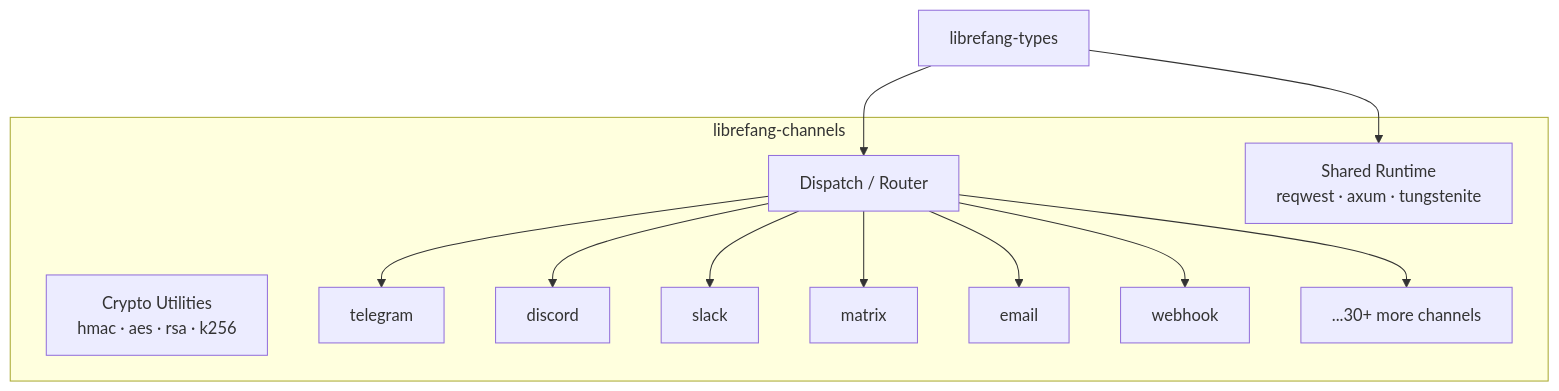
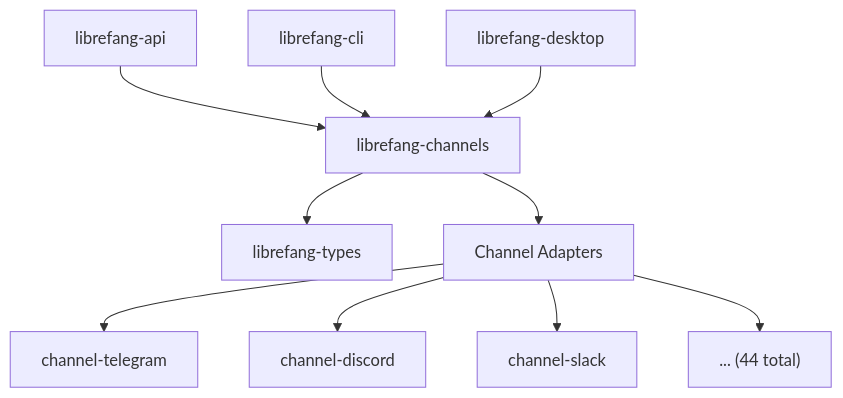
The diagram in other-librefang-channels.md (leszek3737/librefang-WIki), drawn with Mermaid before and after one commit. The commit also changed other lines of this file and 99 other files, not shown here.

````diff
--- a/other-librefang-channels.md
+++ b/other-librefang-channels.md
@@ -15,19 +15,12 @@
 ```mermaid
 graph TD
-    subgraph "librefang-channels"
-        DM["Dispatch / Router"]
-        R["Shared Runtime<br/>reqwest · axum · tungstenite"]
-        E["Crypto Utilities<br/>hmac · aes · rsa · k256"]
-        
-        DM --> T["telegram"]
-        DM --> D["discord"]
-        DM --> S["slack"]
-        DM --> M["matrix"]
-        DM --> ML["email"]
-        DM --> WH["webhook"]
-        DM --> O["...30+ more channels"]
-    end
-
-    Core["librefang-types"] --> DM
-    Core --> R
+    API["librefang-api"] --> CH["librefang-channels"]
+    CLI["librefang-cli"] --> CH
+    DESK["librefang-desktop"] --> CH
+    CH --> TYPES["librefang-types"]
+    CH --> ADAPTERS["Channel Adapters"]
+    ADAPTERS --> A1["channel-telegram"]
+    ADAPTERS --> A2["channel-discord"]
+    ADAPTERS --> A3["channel-slack"]
+    ADAPTERS --> A44["... (44 total)"]
 ```
````
